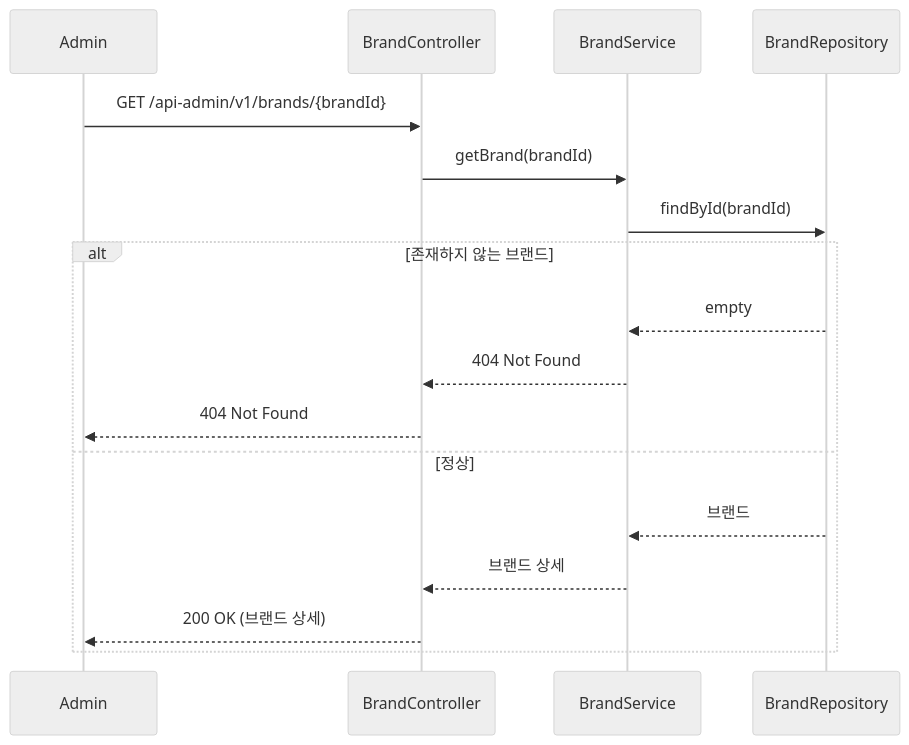
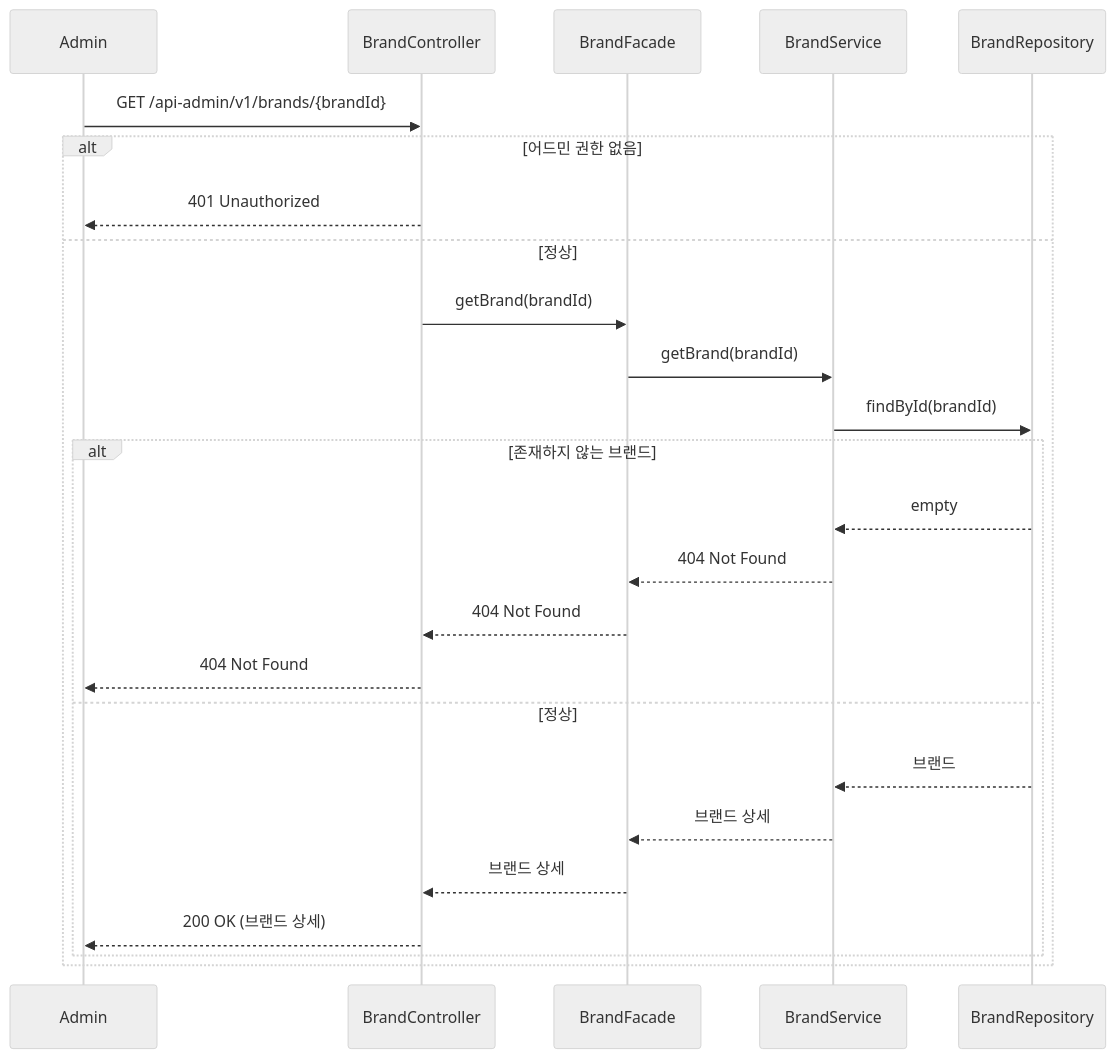
One commit to loopers-labs/loop-pack-be-l2-vol4-java changed the seventh of 33 diagrams in .docs/design/sequence-diagrams.md. Above: the diagram before and after it, drawn with Mermaid (neutral theme). The commit also changed other lines of this file, not shown here.

Commit message:
fix: 시퀀스 다이어그램 파사드 추가

````diff
--- a/.docs/design/sequence-diagrams.md
+++ b/.docs/design/sequence-diagrams.md
@@ -155,21 +162,28 @@
 ```mermaid
 sequenceDiagram
     participant Admin
     participant BrandController
+    participant BrandFacade
     participant BrandService
     participant BrandRepository
 
     Admin->>BrandController: GET /api-admin/v1/brands/{brandId}
-    BrandController->>BrandService: getBrand(brandId)
-    BrandService->>BrandRepository: findById(brandId)
-
-    alt 존재하지 않는 브랜드
-        BrandRepository-->>BrandService: empty
-        BrandService-->>BrandController: 404 Not Found
-        BrandController-->>Admin: 404 Not Found
+    alt 어드민 권한 없음
+        BrandController-->>Admin: 401 Unauthorized
     else 정상
-        BrandRepository-->>BrandService: 브랜드
-        BrandService-->>BrandController: 브랜드 상세
-        BrandController-->>Admin: 200 OK (브랜드 상세)
+        BrandController->>BrandFacade: getBrand(brandId)
+        BrandFacade->>BrandService: getBrand(brandId)
+        BrandService->>BrandRepository: findById(brandId)
+        alt 존재하지 않는 브랜드
+            BrandRepository-->>BrandService: empty
+            BrandService-->>BrandFacade: 404 Not Found
+            BrandFacade-->>BrandController: 404 Not Found
+            BrandController-->>Admin: 404 Not Found
+        else 정상
+            BrandRepository-->>BrandService: 브랜드
+            BrandService-->>BrandFacade: 브랜드 상세
+            BrandFacade-->>BrandController: 브랜드 상세
+            BrandController-->>Admin: 200 OK (브랜드 상세)
+        end
     end
 ```
````
